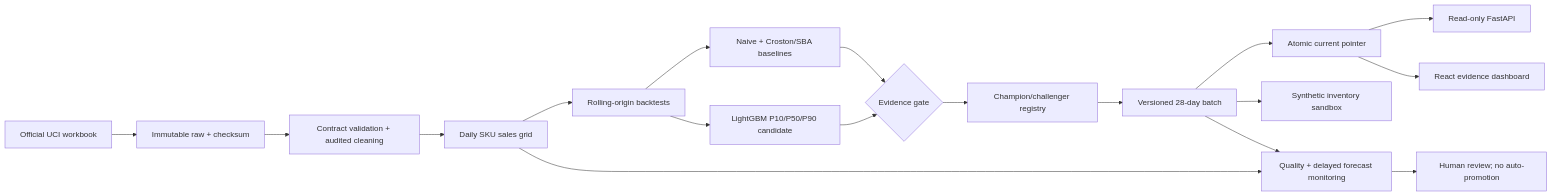
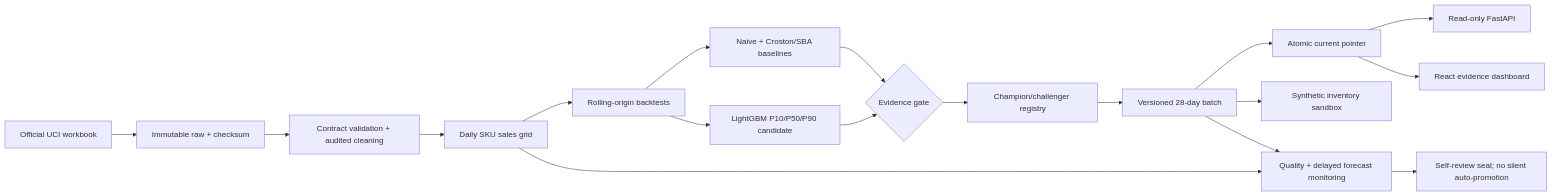
The first of 2 diagrams in 03_DEMANDCAST_CURSOR_CODEX_BLUEPRINT.md (Therockycloud/mighty-raccoon-career-system), drawn with Mermaid before and after one commit. The commit also changed other lines of this file and 12 other files, not shown here.

First line of the commit message:
Enable GOAL_DELIVERY so agents ship end-to-end without mid-flight human review.

````diff
--- a/03_DEMANDCAST_CURSOR_CODEX_BLUEPRINT.md
+++ b/03_DEMANDCAST_CURSOR_CODEX_BLUEPRINT.md
@@ -77,20 +82,20 @@
 ```mermaid
 flowchart LR
     UCI["Official UCI workbook"] --> RAW["Immutable raw + checksum"]
     RAW --> CLEAN["Contract validation + audited cleaning"]
     CLEAN --> DAILY["Daily SKU sales grid"]
     DAILY --> BT["Rolling-origin backtests"]
     BT --> BASE["Naive + Croston/SBA baselines"]
     BT --> LGBM["LightGBM P10/P50/P90 candidate"]
     BASE --> GATE{"Evidence gate"}
     LGBM --> GATE
     GATE --> REG["Champion/challenger registry"]
     REG --> BATCH["Versioned 28-day batch"]
     BATCH --> PTR["Atomic current pointer"]
     PTR --> API["Read-only FastAPI"]
     PTR --> UI["React evidence dashboard"]
     BATCH --> SYN["Synthetic inventory sandbox"]
     DAILY --> MON["Quality + delayed forecast monitoring"]
     BATCH --> MON
-    MON --> REVIEW["Human review; no auto-promotion"]
+    MON --> REVIEW["Self-review seal; no silent auto-promotion"]
 ```
````
